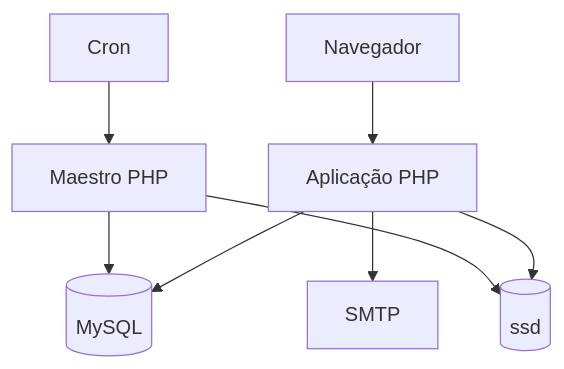
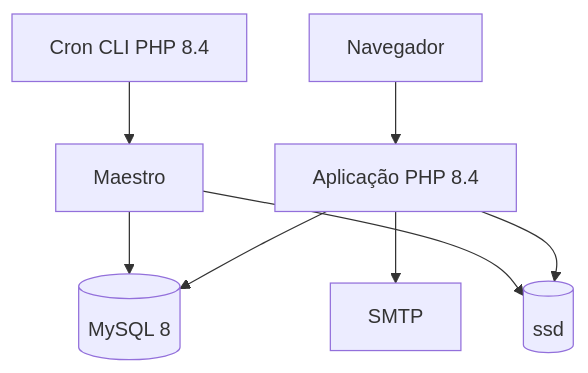
The diagram in docs/architecture/c4-containers.md (drwesleyadv/prontoo.app), drawn with Mermaid before and after one commit. The commit also changed other lines of this file, not shown here.

````diff
--- a/docs/architecture/c4-containers.md
+++ b/docs/architecture/c4-containers.md
@@ -3,10 +3,10 @@
 ```mermaid
 flowchart TD
-    B[Navegador] --> W[Aplicação PHP]
-    W --> DB[(MySQL)]
+    B[Navegador] --> W[Aplicação PHP 8.4]
+    W --> DB[(MySQL 8)]
     W --> FS[(ssd)]
-    CRON[Cron] --> MA[Maestro PHP]
+    CRON[Cron CLI PHP 8.4] --> MA[Maestro]
     MA --> DB
     MA --> FS
     W --> SMTP[SMTP]
 ```
````
